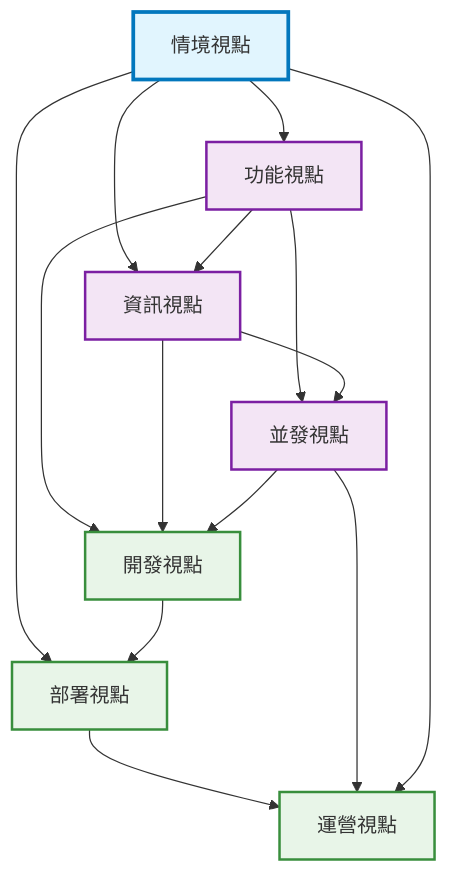
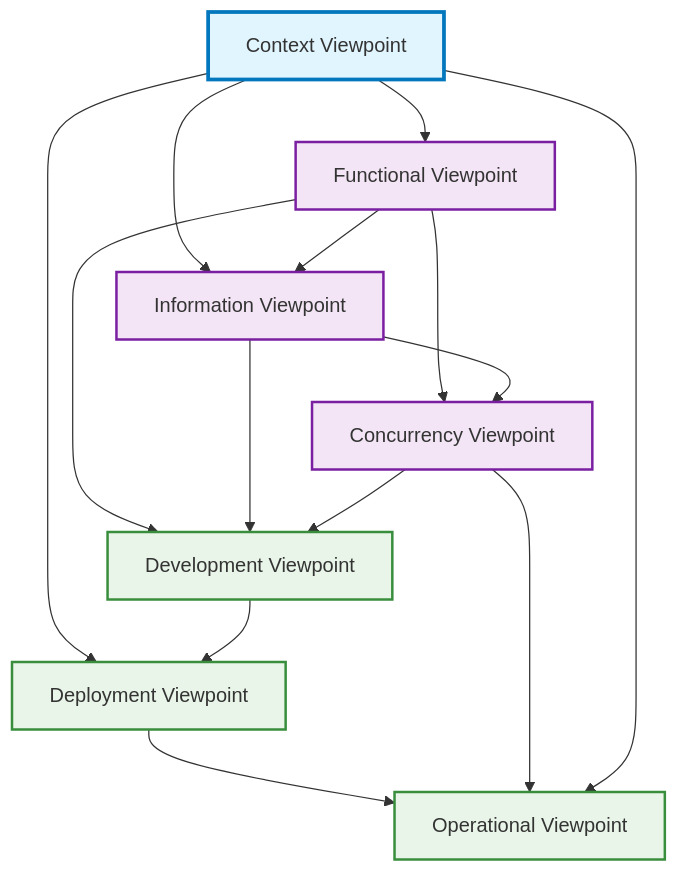
Before and after one commit to humank/genai-demo: the diagram in docs/viewpoints/README.md, drawn with Mermaid. The commit also changed other lines of this file and 453 other files, not shown here.

First line of the commit message:
feat: Complete translation of key architecture and API documentation

````diff
--- a/docs/viewpoints/README.md
+++ b/docs/viewpoints/README.md
@@ -57,24 +57,24 @@
 ```mermaid
 graph TD
-    Ctx[情境視點] --> F[功能視點]
-    Ctx --> I[資訊視點]
+    Ctx[Context Viewpoint] --> F[Functional Viewpoint]
+    Ctx --> I[Information Viewpoint]
     F --> I
-    F --> C[並發視點]
+    F --> C[Concurrency Viewpoint]
     I --> C
-    F --> Dev[開發視點]
+    F --> Dev[Development Viewpoint]
     I --> Dev
     C --> Dev
-    Ctx --> Dep[部署視點]
+    Ctx --> Dep[Deployment Viewpoint]
     Dev --> Dep
-    Dep --> O[運營視點]
+    Dep --> O[Operational Viewpoint]
     C --> O
     Ctx --> O
     
     classDef contextViewpoint fill:#e1f5fe,stroke:#0277bd,stroke-width:3px
     classDef coreViewpoint fill:#f3e5f5,stroke:#7b1fa2,stroke-width:2px
     classDef implementationViewpoint fill:#e8f5e8,stroke:#388e3c,stroke-width:2px
     
     class Ctx contextViewpoint
     class F,I,C coreViewpoint
     class Dev,Dep,O implementationViewpoint
 ```
````
